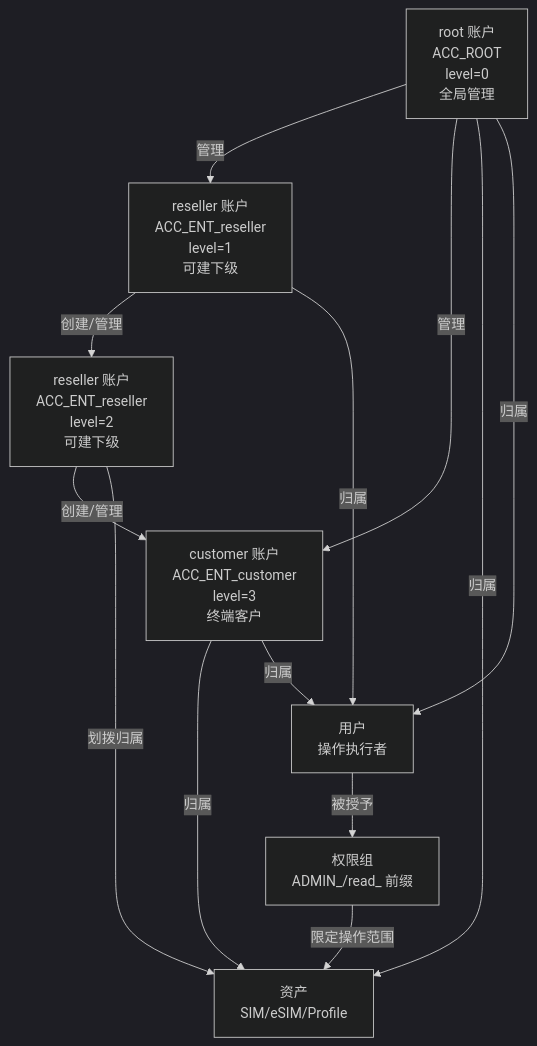
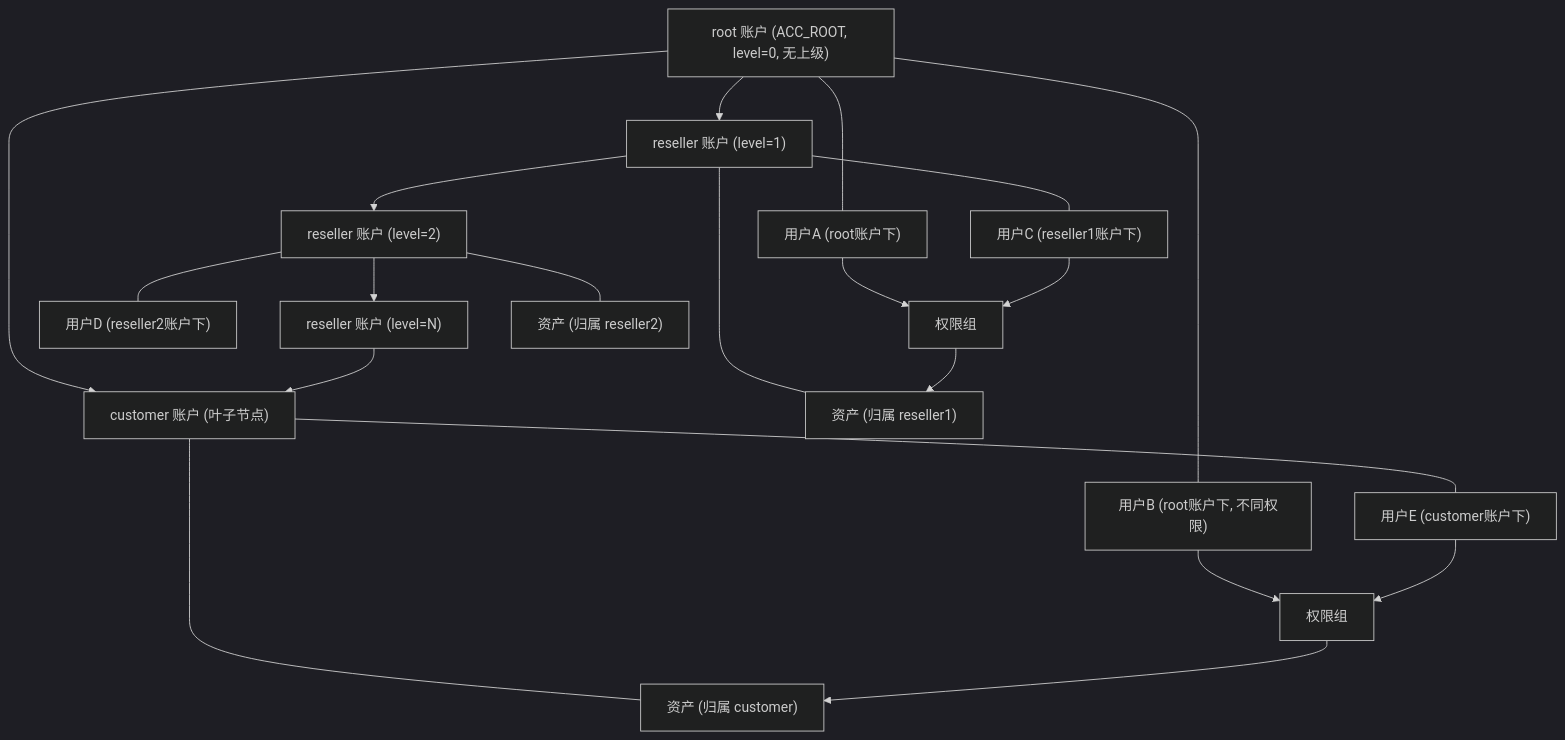
The third of 8 diagrams in design.md (YangYang990706/local_cmp), drawn with Mermaid (dark theme) before and after one commit. The commit also changed other lines of this file and 1 other file, not shown here.

Commit message:
refactor: 重构账户/用户/资产关系逻辑 (v1.0.5)
1. 账户层级无硬性链长限制，reseller可创建多级下级reseller，customer必须为叶子节点
2. 除root外每个账户强制要求parent_account_id，形成严格树状层级
3. 用户之间无上下级关系，不同账户用户完全隔离
4. 权限为用户级别，同账户下不同用户可拥有不同权限组合
5. 上级账户用户可向下递归管理下级账户资产和用户
6. 登录依赖用户凭据，非账户

````diff
--- a/design.md
+++ b/design.md
@@ -98,23 +98,45 @@
 ```mermaid
 graph TD
-    Root["root 账户<br/>ACC_ROOT<br/>level=0<br/>全局管理"]
-    Reseller1["reseller 账户<br/>ACC_ENT_reseller<br/>level=1<br/>可建下级"]
-    Reseller2["reseller 账户<br/>ACC_ENT_reseller<br/>level=2<br/>可建下级"]
-    Customer["customer 账户<br/>ACC_ENT_customer<br/>level=3<br/>终端客户"]
-    User["用户<br/>操作执行者"]
-    Role["权限组<br/>ADMIN_/read_ 前缀"]
-    Asset["资产<br/>SIM/eSIM/Profile"]
+    Root["root 账户 (ACC_ROOT, level=0, 无上级)"]
+    Reseller1["reseller 账户 (level=1)"]
+    Reseller2["reseller 账户 (level=2)"]
+    ResellerN["reseller 账户 (level=N)"]
+    Customer["customer 账户 (叶子节点)"]
 
-    Root -->|"管理"| Reseller1
-    Root -->|"管理"| Customer
-    Reseller1 -->|"创建/管理"| Reseller2
-    Reseller2 -->|"创建/管理"| Customer
-    Root -->|"归属"| Asset
-    Reseller2 -->|"划拨归属"| Asset
-    Customer -->|"归属"| Asset
-    Root -->|"归属"| User
-    Reseller1 -->|"归属"| User
-    Customer -->|"归属"| User
-    User -->|"被授予"| Role
-    Role -->|"限定操作范围"| Asset
+    UserRoot1["用户A (root账户下)"]
+    UserRoot2["用户B (root账户下, 不同权限)"]
+    UserR1["用户C (reseller1账户下)"]
+    UserR2["用户D (reseller2账户下)"]
+    UserCust["用户E (customer账户下)"]
+
+    Role1["权限组"]
+    Role2["权限组"]
+
+    AssetR1["资产 (归属 reseller1)"]
+    AssetR2["资产 (归属 reseller2)"]
+    AssetCust["资产 (归属 customer)"]
+
+    Root --> Reseller1
+    Root --> Customer
+    Reseller1 --> Reseller2
+    Reseller2 --> ResellerN
+    ResellerN --> Customer
+
+    Root --- UserRoot1
+    Root --- UserRoot2
+    Reseller1 --- UserR1
+    Reseller2 --- UserR2
+    Customer --- UserCust
+
+    UserRoot1 --> Role1
+    UserRoot2 --> Role2
+    UserR1 --> Role1
+    UserCust --> Role2
+
+    Reseller1 --- AssetR1
+    Reseller2 --- AssetR2
+    Customer --- AssetCust
+
+    Role1 --> AssetR1
+    Role2 --> AssetCust
 ```
````
